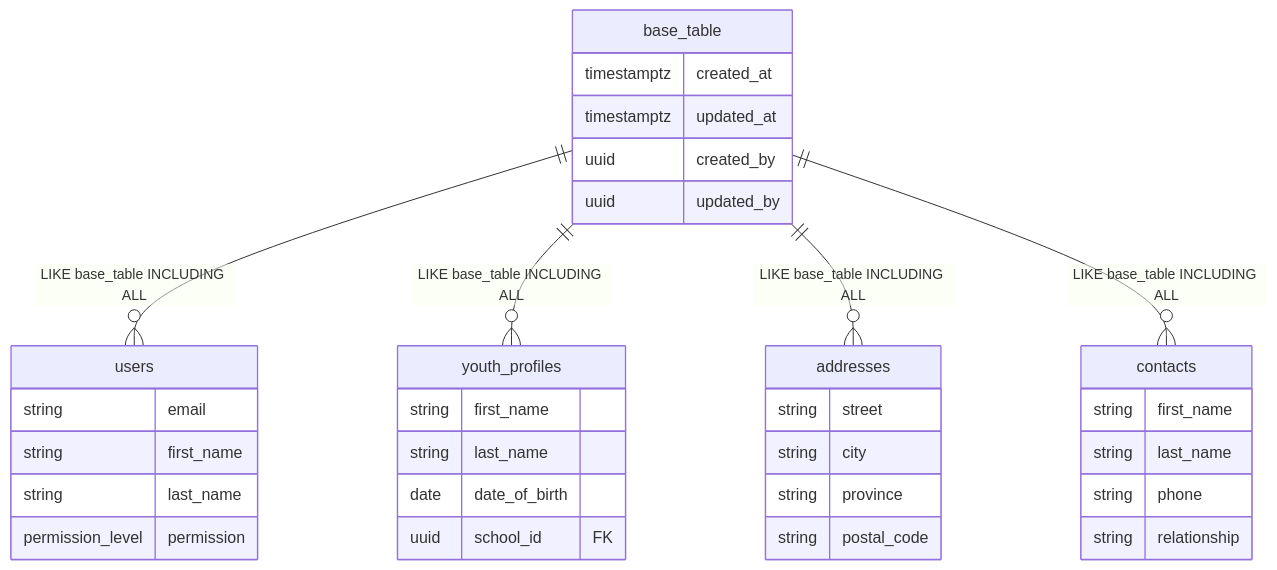
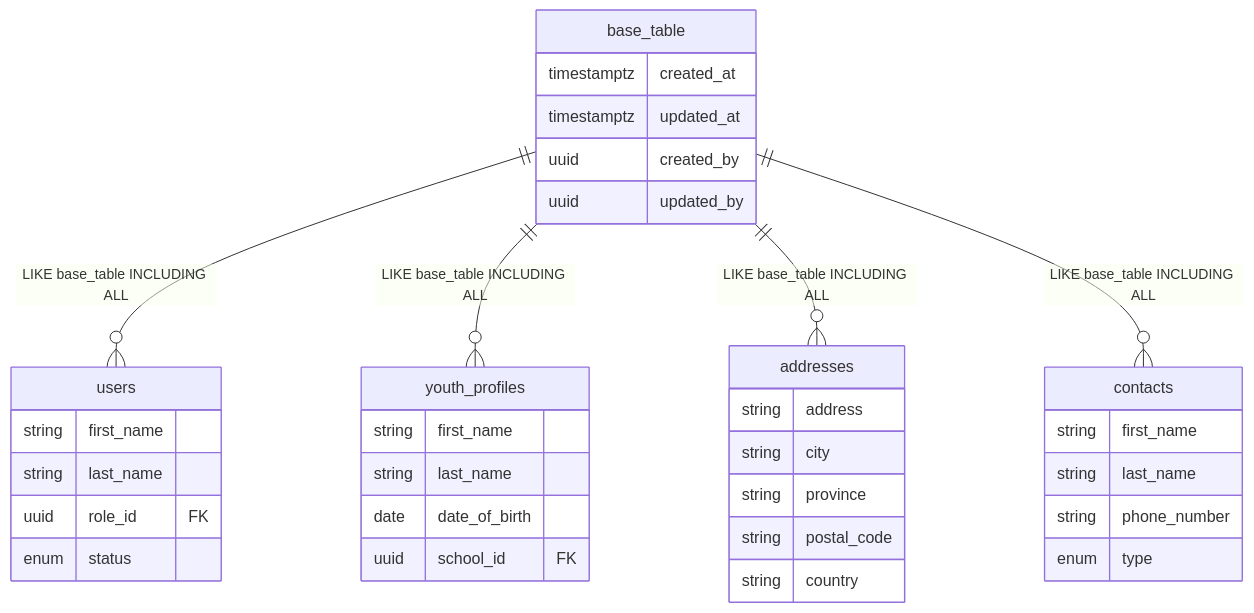
One commit to shin0bi21/program-management-app changed the second of 2 diagrams in backend/docs/db.md. Above: the diagram before and after it, drawn with Mermaid. The commit also changed other lines of this file and 8 other files, not shown here.

````diff
--- a/backend/docs/db.md
+++ b/backend/docs/db.md
@@ -246,37 +246,38 @@
 ```mermaid
 erDiagram
     base_table {
         timestamptz created_at
         timestamptz updated_at
         uuid created_by
         uuid updated_by
     }
     users {
-        string email
         string first_name
         string last_name
-        permission_level permission
+        uuid role_id FK
+        enum status
     }
     youth_profiles {
         string first_name
         string last_name
         date date_of_birth
         uuid school_id FK
     }
     addresses {
-        string street
+        string address
         string city
         string province
         string postal_code
+        string country
     }
     contacts {
         string first_name
         string last_name
-        string phone
-        string relationship
+        string phone_number
+        enum type
     }
     base_table ||--o{ users : "LIKE base_table INCLUDING ALL"
     base_table ||--o{ youth_profiles : "LIKE base_table INCLUDING ALL"
     base_table ||--o{ addresses : "LIKE base_table INCLUDING ALL"
     base_table ||--o{ contacts : "LIKE base_table INCLUDING ALL"
 ```
````
